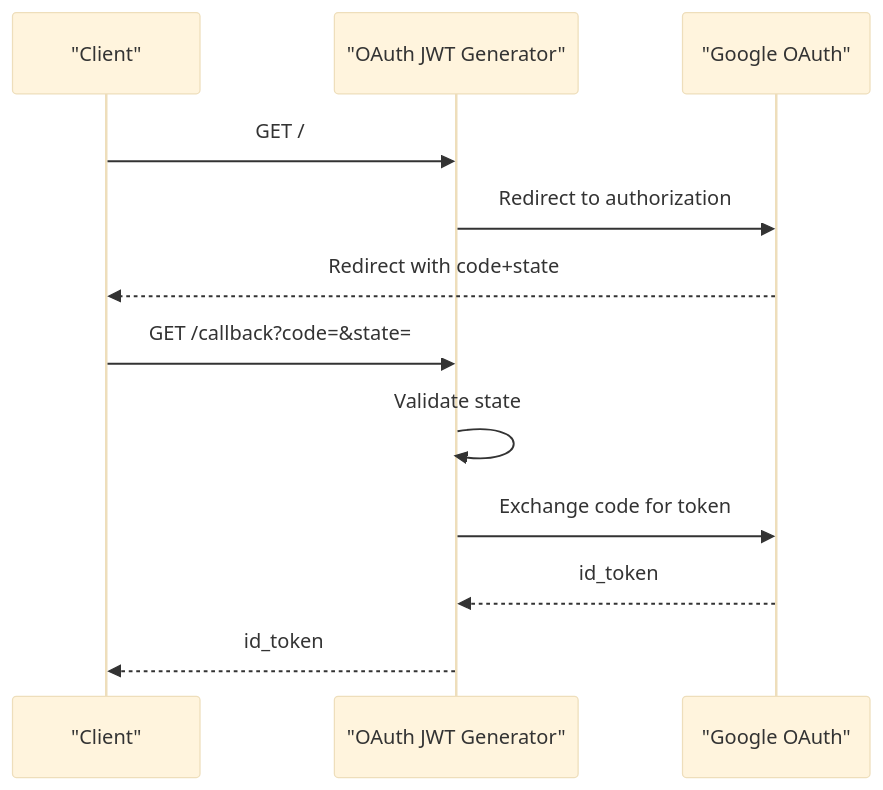
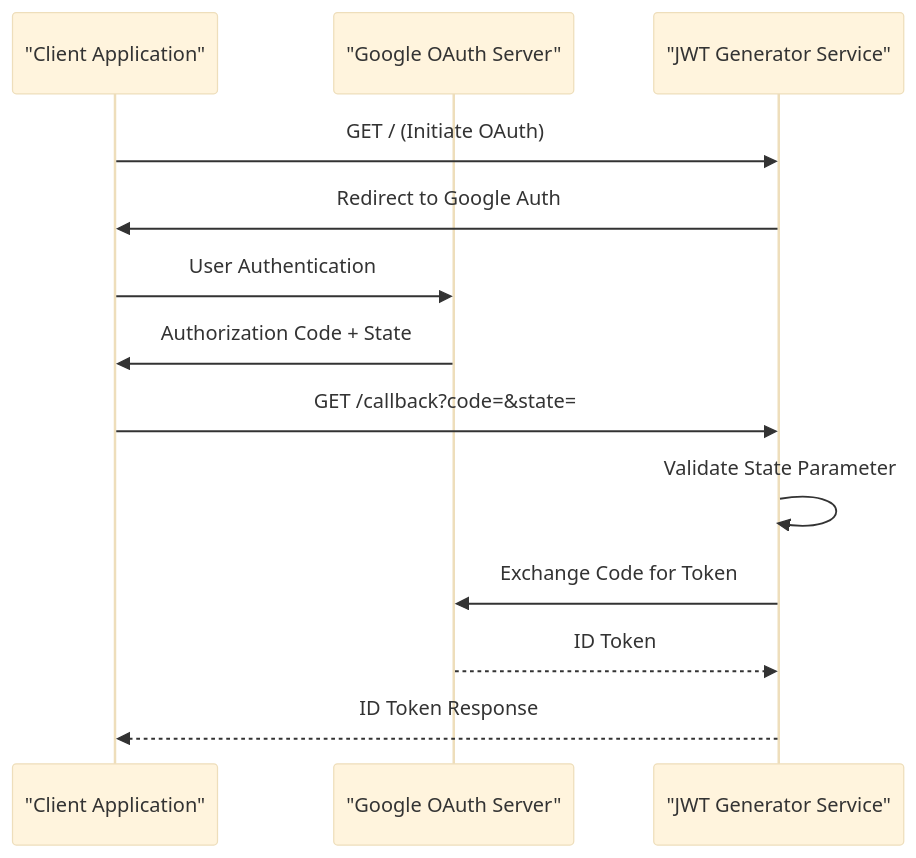
The fourth of 8 diagrams in .qoder/repowiki/en/content/Backend Services.md (effinrich/rh-nx-monorepo), drawn with Mermaid (base theme) before and after one commit. The commit also changed other lines of this file and 130 other files, not shown here.

````diff
--- a/.qoder/repowiki/en/content/Backend Services.md
+++ b/.qoder/repowiki/en/content/Backend Services.md
@@ -204,14 +225,15 @@
 ```mermaid
 sequenceDiagram
-participant Client as "Client"
-participant OJG as "OAuth JWT Generator"
-participant Google as "Google OAuth"
-Client->>OJG : GET /
-OJG->>Google : Redirect to authorization
-Google-->>Client : Redirect with code+state
-Client->>OJG : GET /callback?code=&state=
-OJG->>OJG : Validate state
-OJG->>Google : Exchange code for token
-Google-->>OJG : id_token
-OJG-->>Client : id_token
+participant Client as "Client Application"
+participant AuthServer as "Google OAuth Server"
+participant JWTGen as "JWT Generator Service"
+Client->>JWTGen : GET / (Initiate OAuth)
+JWTGen->>Client : Redirect to Google Auth
+Client->>AuthServer : User Authentication
+AuthServer->>Client : Authorization Code + State
+Client->>JWTGen : GET /callback?code=&state=
+JWTGen->>JWTGen : Validate State Parameter
+JWTGen->>AuthServer : Exchange Code for Token
+AuthServer-->>JWTGen : ID Token
+JWTGen-->>Client : ID Token Response
 ```
````
